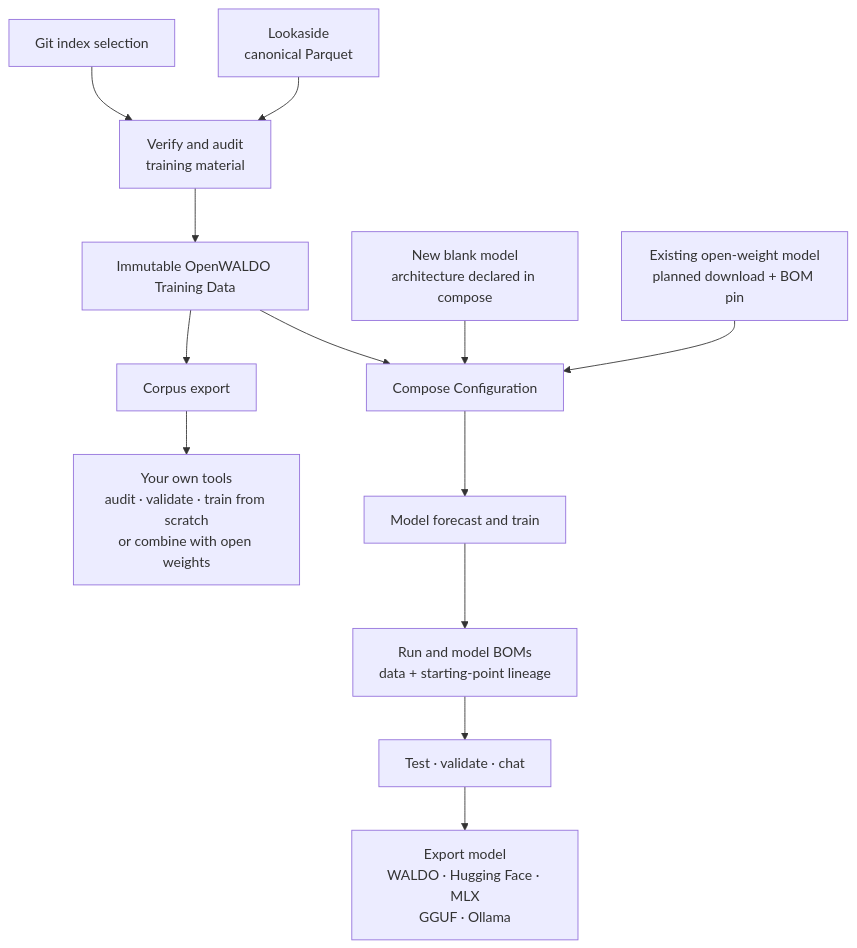
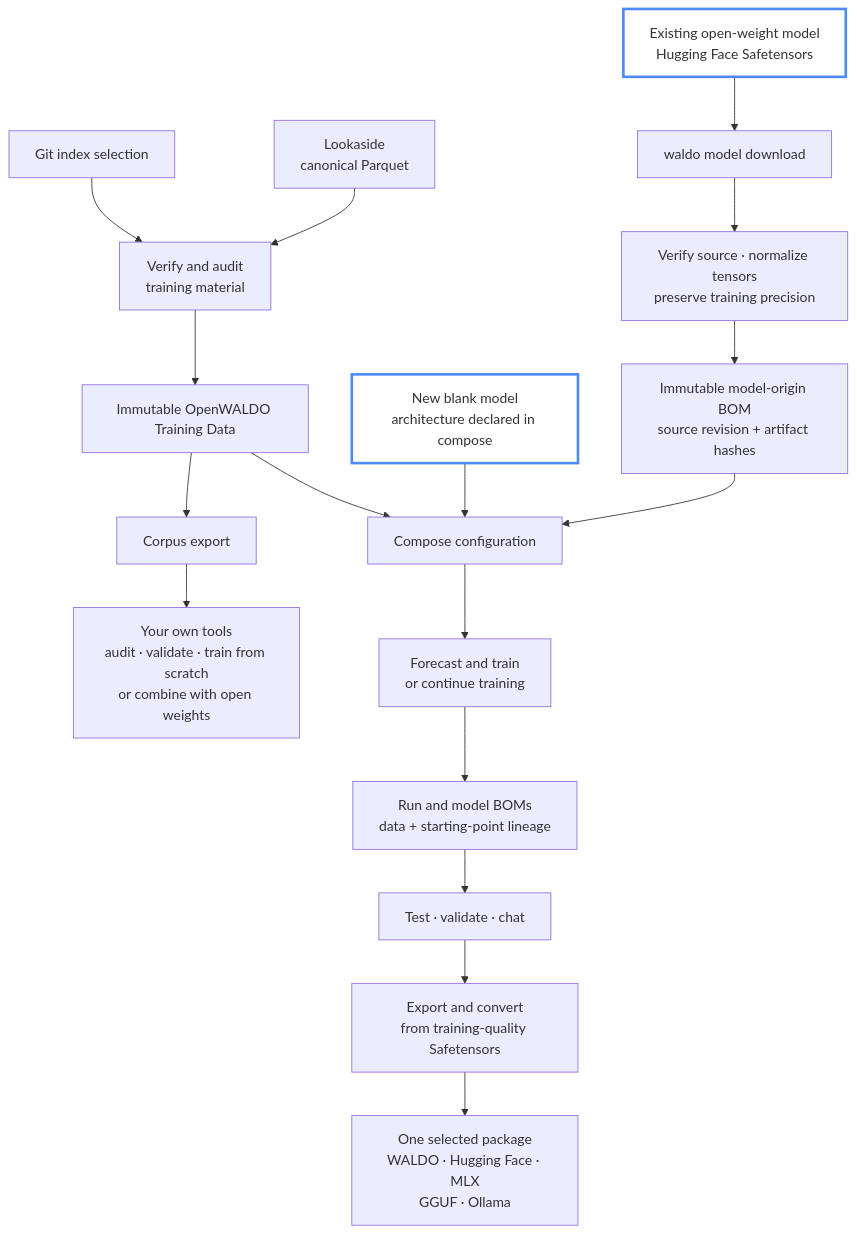
The second of 2 diagrams in README.md (mdagosta/waldo), drawn with Mermaid before and after one commit. The commit also changed other lines of this file, not shown here.

Commit message:
Show model download flow in training diagram

````diff
--- a/README.md
+++ b/README.md
@@ -48,16 +48,23 @@
 ```mermaid
 flowchart TB
     G["Git index selection"] --> V["Verify and audit<br/>training material"]
     L["Lookaside<br/>canonical Parquet"] --> V
     V --> B["Immutable OpenWALDO Training Data"]
     B --> C["Corpus export"]
     C --> X["Your own tools<br/>audit · validate · train from scratch<br/>or combine with open weights"]
-    N["New blank model<br/>architecture declared in compose"] --> MC["Compose Configuration"]
-    O["Existing open-weight model<br/>planned download + BOM pin"] --> MC
+    N["New blank model<br/>architecture declared in compose"] --> MC["Compose configuration"]
+    O["Existing open-weight model<br/>Hugging Face Safetensors"] --> D["waldo model download"]
+    D --> DN["Verify source · normalize tensors<br/>preserve training precision"]
+    DN --> OB["Immutable model-origin BOM<br/>source revision + artifact hashes"]
+    OB --> MC
     B --> MC
-    MC --> T["Model forecast and train"]
+    MC --> T["Forecast and train<br/>or continue training"]
     T --> M["Run and model BOMs<br/>data + starting-point lineage"]
     M --> Q["Test · validate · chat"]
-    Q --> E["Export model<br/>WALDO · Hugging Face · MLX<br/>GGUF · Ollama"]
+    Q --> E["Export and convert<br/>from training-quality Safetensors"]
+    E --> F["One selected package<br/>WALDO · Hugging Face · MLX<br/>GGUF · Ollama"]
+
+    classDef startingPoint fill:transparent,stroke:#4c8bf5,stroke-width:3px
+    class N,O startingPoint
 
 ```
````
